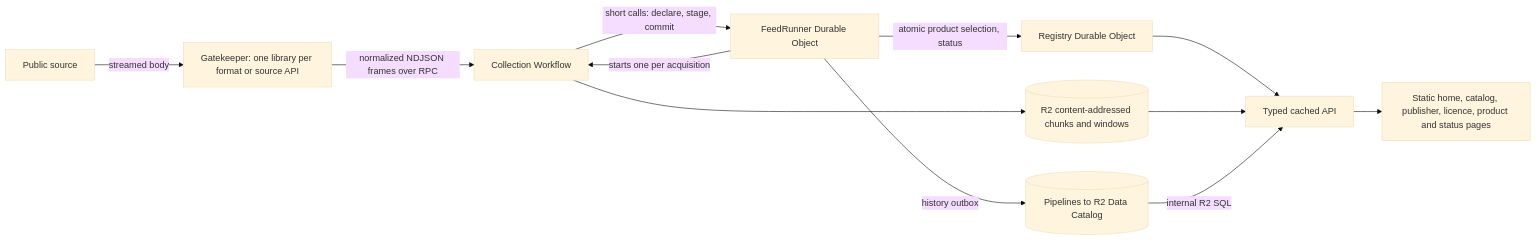
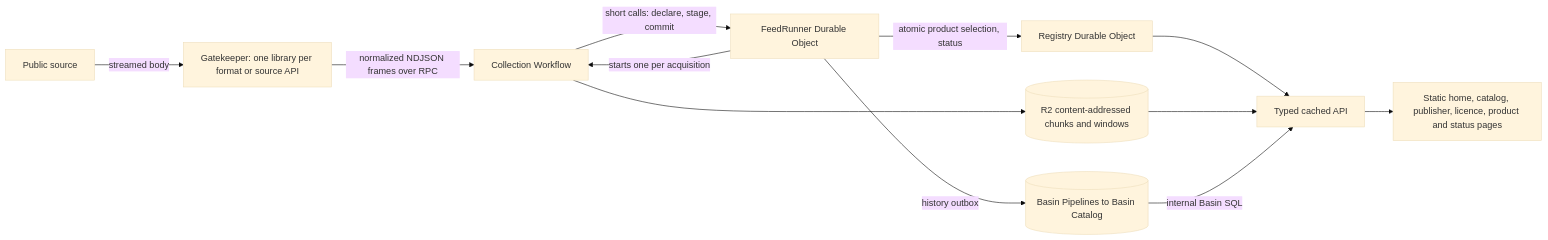
The diagram in docs/architecture.md (corrreia/open-data.pt), drawn with Mermaid (base theme) before and after one commit. The commit also changed other lines of this file and 16 other files, not shown here.

First line of the commit message:
Call the lake Basin, and let its snapshots expire

````diff
--- a/docs/architecture.md
+++ b/docs/architecture.md
@@ -6,14 +6,14 @@
 ```mermaid
 flowchart LR
     Source[Public source] -->|streamed body| Gatekeeper[Gatekeeper: one library per format or source API]
     Gatekeeper -->|normalized NDJSON frames over RPC| Workflow[Collection Workflow]
     Runner[FeedRunner Durable Object] -->|starts one per acquisition| Workflow
     Workflow -->|short calls: declare, stage, commit| Runner
     Workflow --> Chunks[(R2 content-addressed chunks and windows)]
-    Runner -->|history outbox| Lake[(Pipelines to R2 Data Catalog)]
+    Runner -->|history outbox| Lake[(Basin Pipelines to Basin Catalog)]
     Runner -->|atomic product selection, status| Registry[Registry Durable Object]
     Registry --> API[Typed cached API]
     Chunks --> API
-    Lake -->|internal R2 SQL| API
+    Lake -->|internal Basin SQL| API
     API --> Pages[Static home, catalog, publisher, licence, product and status pages]
 ```
````
